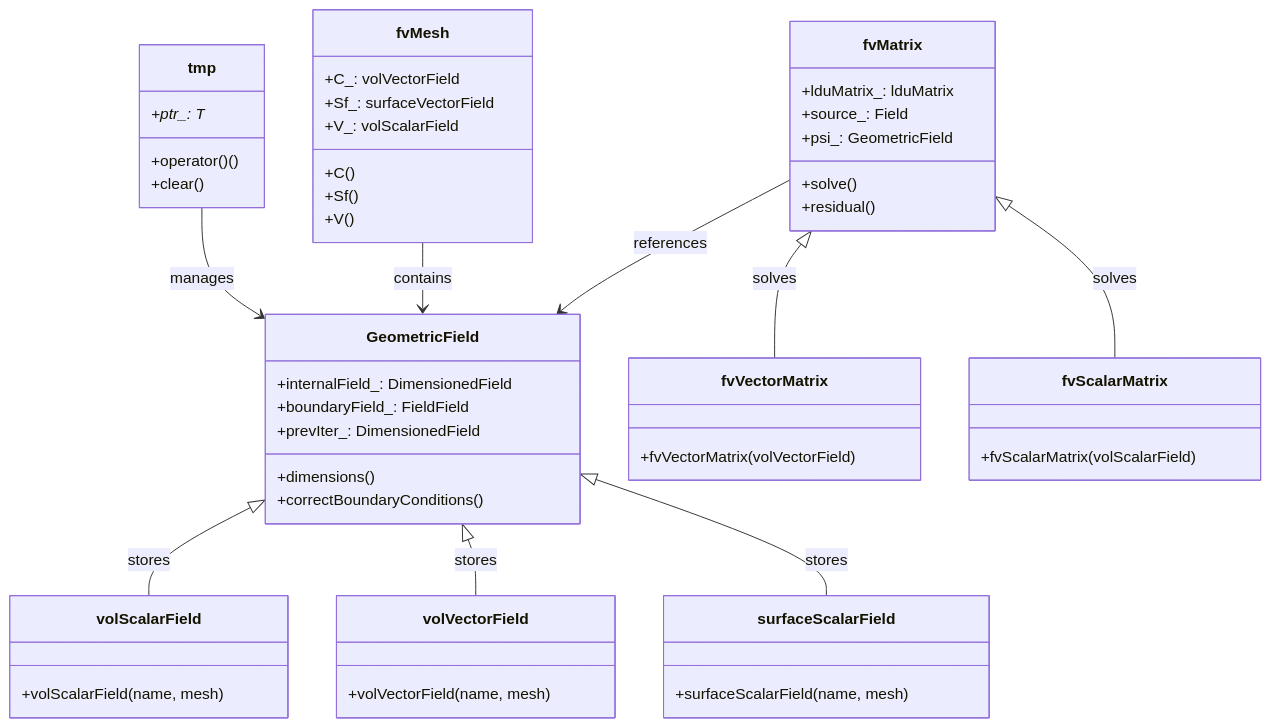
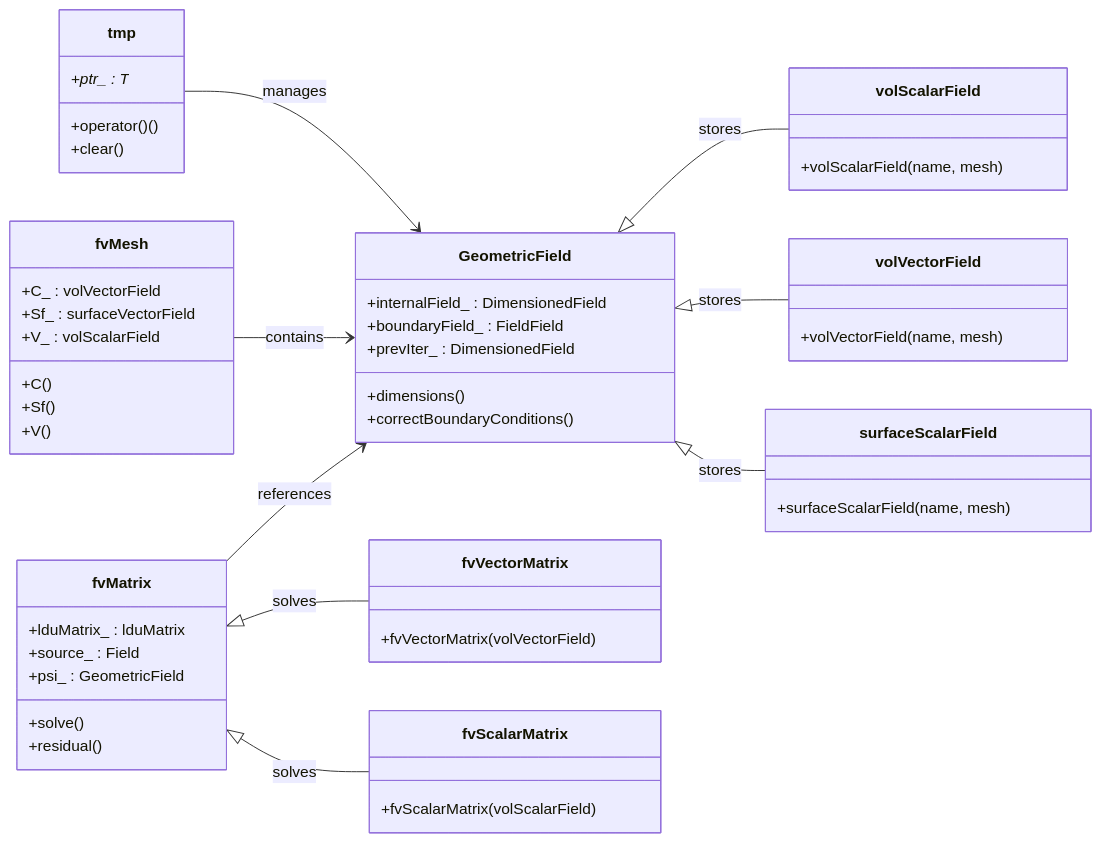
The first of 4 diagrams in daily_learning/2026-01-01.md (wramet/build-my-cfd), drawn with Mermaid before and after one commit. The commit also changed other lines of this file and 3 other files, not shown here.

Commit message:
Refine Day 1 & 2 content: Apply standardized QC (Monospace Diagrams, Engineering Thai)

`````diff
--- a/daily_learning/2026-01-01.md
+++ b/daily_learning/2026-01-01.md
@@ -162,62 +162,73 @@
 ```mermaid
+%%{init: { 
+    "theme": "default", 
+    "useMaxWidth": false, 
+    "themeVariables": { 
+        "fontSize": "20px", 
+        "fontFamily": "Consolas, 'Courier New', monospace"
+    } 
+}}%%
 classDiagram
+    %% สั่งให้เรียงจาก ซ้ายไปขวา (ช่วยเรื่องพื้นที่แนวนอน)
+    direction LR
+
     class GeometricField {
-        +internalField_: DimensionedField
-        +boundaryField_: FieldField
-        +prevIter_: DimensionedField
+        +internalField_ : DimensionedField
+        +boundaryField_ : FieldField
+        +prevIter_ : DimensionedField
         +dimensions()
         +correctBoundaryConditions()
     }
 
     class volScalarField {
         +volScalarField(name, mesh)
     }
 
     class volVectorField {
         +volVectorField(name, mesh)
     }
 
     class surfaceScalarField {
         +surfaceScalarField(name, mesh)
     }
 
     class fvMatrix {
-        +lduMatrix_: lduMatrix
-        +source_: Field
-        +psi_: GeometricField
+        +lduMatrix_ : lduMatrix
+        +source_ : Field
+        +psi_ : GeometricField
         +solve()
         +residual()
     }
 
     class fvVectorMatrix {
         +fvVectorMatrix(volVectorField)
     }
 
     class fvScalarMatrix {
         +fvScalarMatrix(volScalarField)
     }
 
     class tmp {
-        +ptr_: T*
+        +ptr_ : T*
         +operator()()
         +clear()
     }
 
     class fvMesh {
-        +C_: volVectorField
-        +Sf_: surfaceVectorField
-        +V_: volScalarField
+        +C_ : volVectorField
+        +Sf_ : surfaceVectorField
+        +V_ : volScalarField
         +C()
         +Sf()
         +V()
     }
 
     GeometricField <|-- volScalarField : stores
     GeometricField <|-- volVectorField : stores
     GeometricField <|-- surfaceScalarField : stores
     fvMatrix <|-- fvVectorMatrix : solves
     fvMatrix <|-- fvScalarMatrix : solves
     tmp --> GeometricField : manages
     fvMesh --> GeometricField : contains
     fvMatrix --> GeometricField : references
-```
+````
`````
